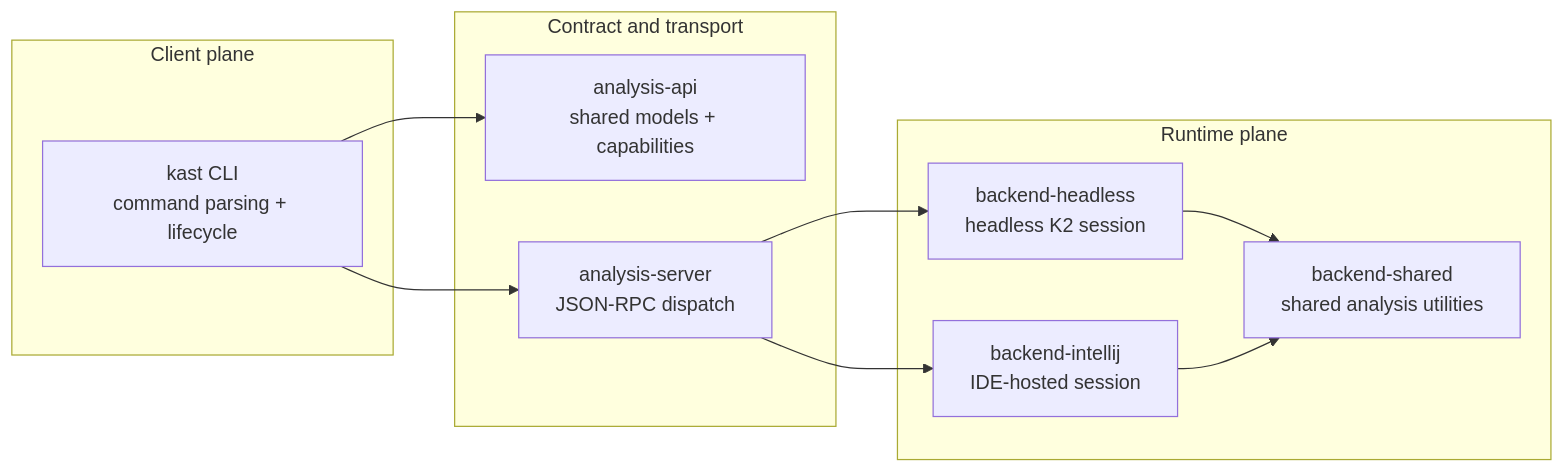
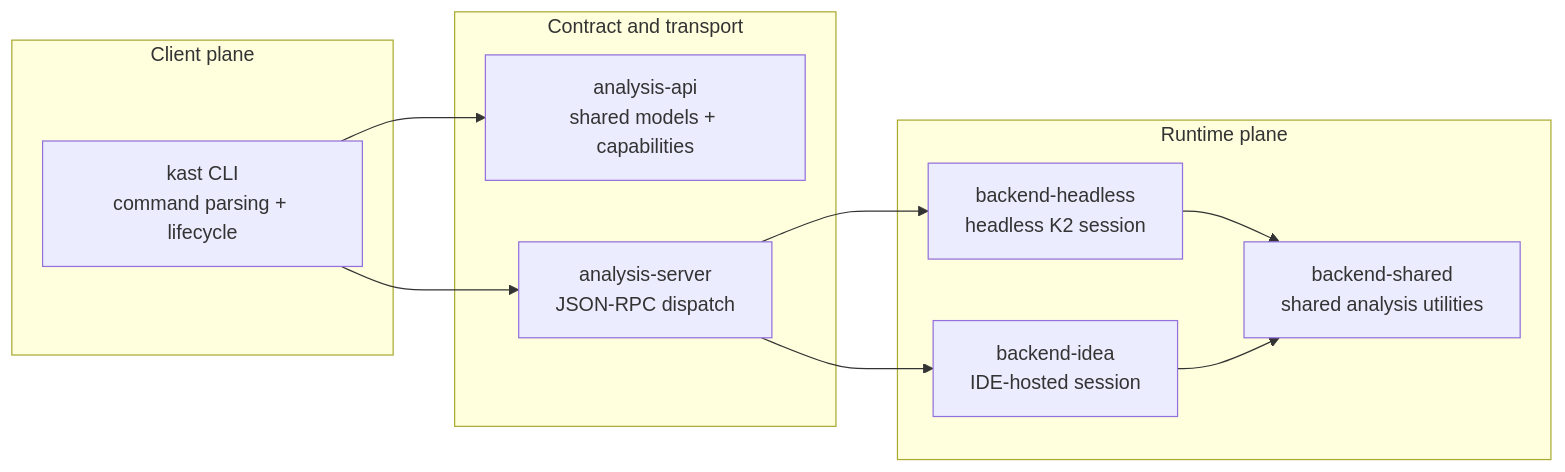
Before and after one commit to amichne/kast: the first of 3 diagrams in docs/architecture/how-it-works.md, drawn with Mermaid. The commit also changed other lines of this file and 138 other files, not shown here.

Commit message:
refactor: rename intellij integration surface to idea

````diff
--- a/docs/architecture/how-it-works.md
+++ b/docs/architecture/how-it-works.md
@@ -32,24 +32,24 @@
 ```mermaid
 flowchart LR
     subgraph "Client plane"
       CLI["kast CLI<br/>command parsing + lifecycle"]
     end
 
     subgraph "Contract and transport"
       API["analysis-api<br/>shared models + capabilities"]
       SERVER["analysis-server<br/>JSON-RPC dispatch"]
     end
 
     subgraph "Runtime plane"
       HEADLESS["backend-headless<br/>headless K2 session"]
-      IDEA["backend-intellij<br/>IDE-hosted session"]
+      IDEA["backend-idea<br/>IDE-hosted session"]
       SHARED["backend-shared<br/>shared analysis utilities"]
     end
 
     CLI --> API
     CLI --> SERVER
     SERVER --> HEADLESS
     SERVER --> IDEA
     HEADLESS --> SHARED
     IDEA --> SHARED
 ```
````
